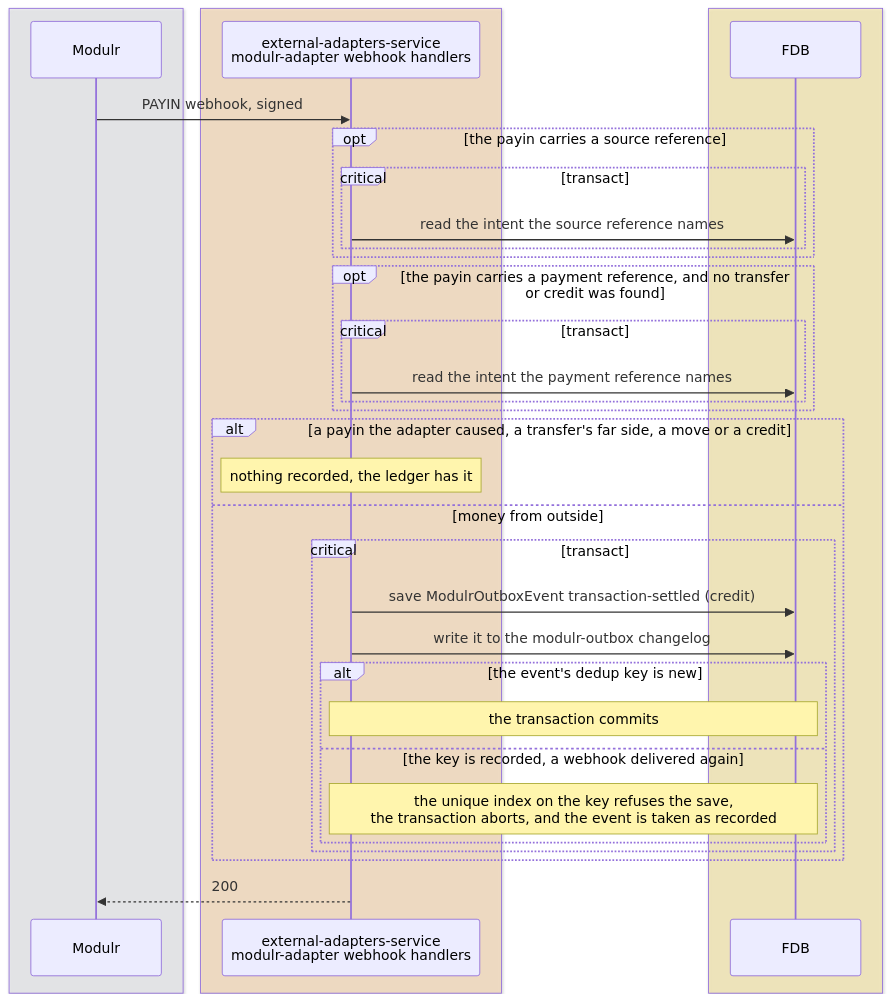
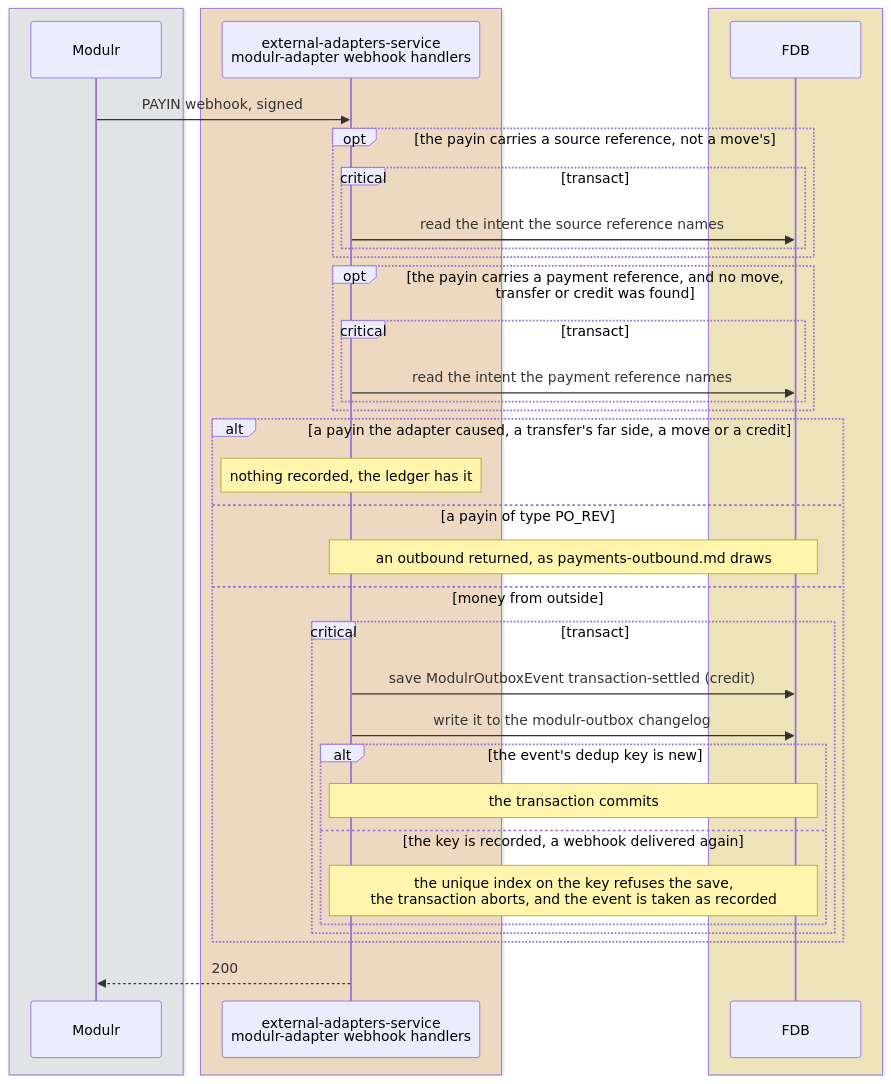
One commit to repldriven/queenswood changed the second of 15 diagrams in docs/tdd/payments-inbound.md. Above: the diagram before and after it, drawn with Mermaid. The commit also changed other lines of this file and 29 other files, not shown here.

````diff
--- a/docs/tdd/payments-inbound.md
+++ b/docs/tdd/payments-inbound.md
@@ -106,37 +106,39 @@
 ```mermaid
 sequenceDiagram
     box rgba(233, 236, 239, 0.5)
     participant PR as Modulr
     end
     box rgba(255, 216, 168, 0.5)
     participant WH as external-adapters-service<br/>modulr-adapter webhook handlers
     end
     box rgba(255, 236, 153, 0.5)
     participant DB as FDB
     end
     PR->>WH: PAYIN webhook, signed
-    opt the payin carries a source reference
+    opt the payin carries a source reference, not a move's
     critical transact
     WH->>DB: read the intent the source reference names
     end
     end
-    opt the payin carries a payment reference, and no transfer or credit was found
+    opt the payin carries a payment reference, and no move, transfer or credit was found
     critical transact
     WH->>DB: read the intent the payment reference names
     end
     end
     alt a payin the adapter caused, a transfer's far side, a move or a credit
     Note over WH: nothing recorded, the ledger has it
+    else a payin of type PO_REV
+    Note over WH,DB: an outbound returned, as payments-outbound.md draws
     else money from outside
     critical transact
     WH->>DB: save ModulrOutboxEvent transaction-settled (credit)
     WH->>DB: write it to the modulr-outbox changelog
     alt the event's dedup key is new
     Note over WH,DB: the transaction commits
     else the key is recorded, a webhook delivered again
     Note over WH,DB: the unique index on the key refuses the save,<br/>the transaction aborts, and the event is taken as recorded
     end
     end
     end
     WH-->>PR: 200
 ```
````
